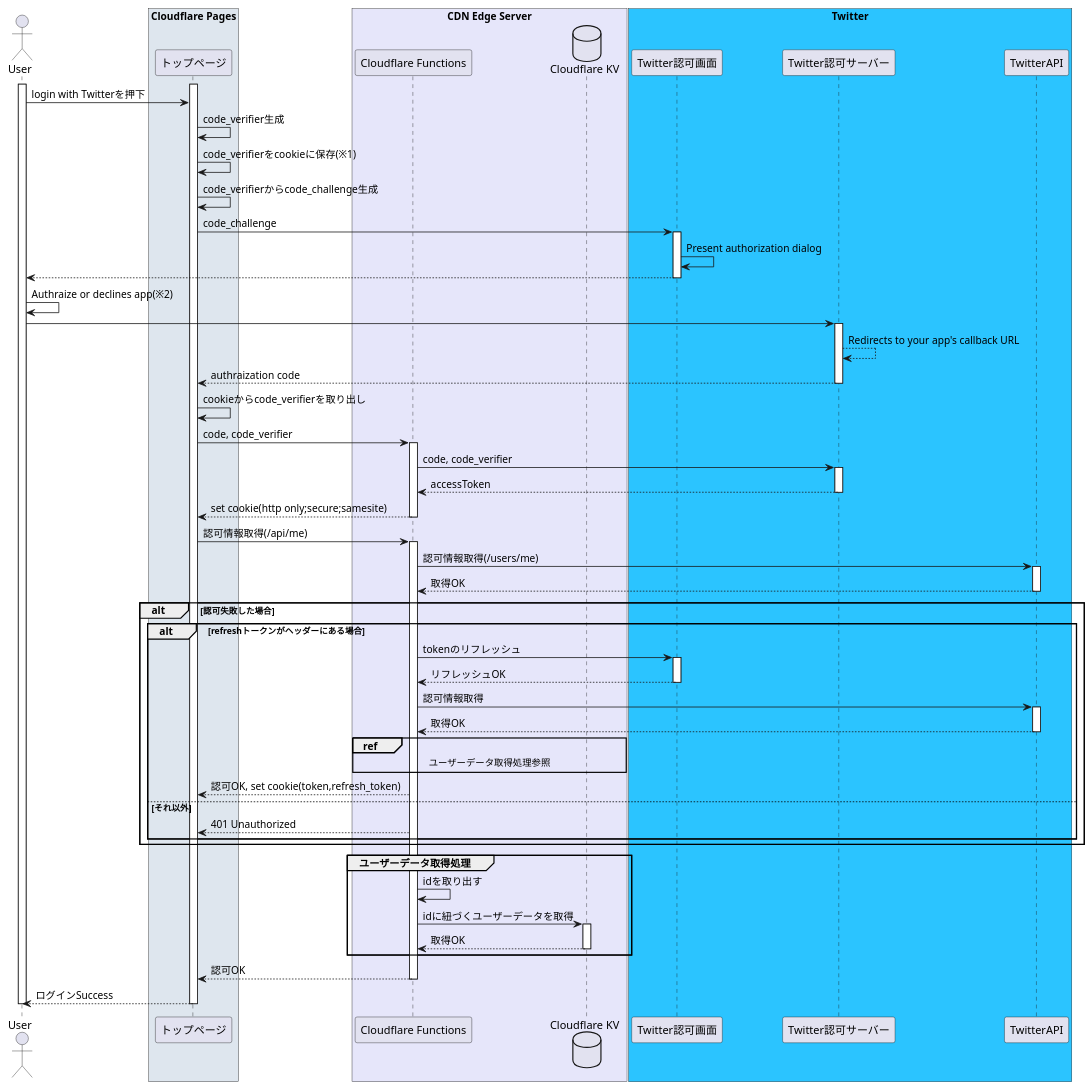
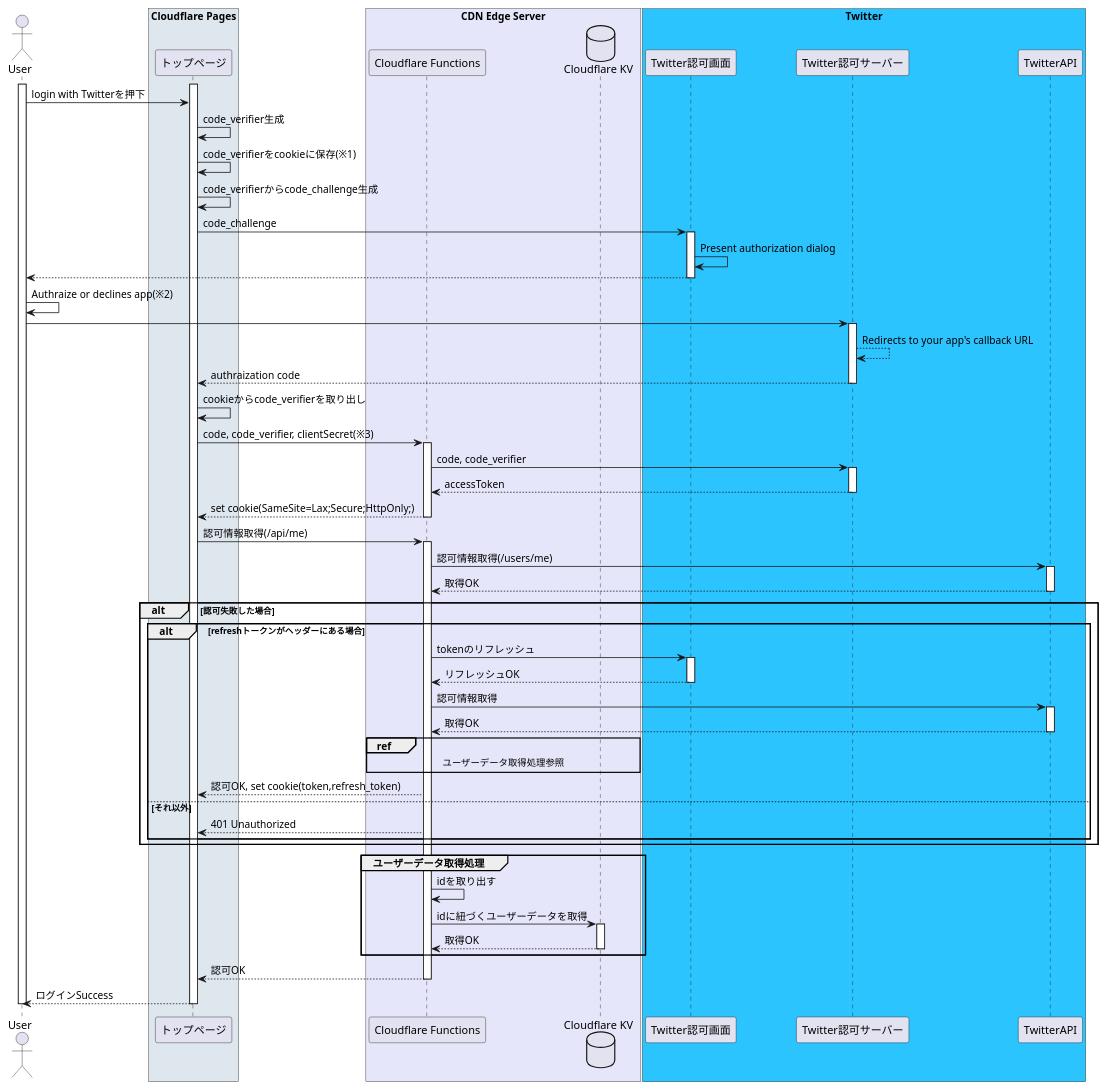
Before and after one commit to shuntaka-dev/article: the diagram in articles/01fvpj77522jpcagxsget1ejqr.md, drawn with PlantUML. The commit also changed other lines of this file, not shown here.

```diff
--- a/articles/01fvpj77522jpcagxsget1ejqr.md
+++ b/articles/01fvpj77522jpcagxsget1ejqr.md
@@ -22,77 +33,77 @@
 @startuml
 actor "User" as user
 box "Cloudflare Pages" #dee6ee
   participant "トップページ" as clPages
 end box
 box "CDN Edge Server" #e6e6fa
   participant "Cloudflare Functions" as clFunctions
   database "Cloudflare KV" as clKv
 end box
 box "Twitter" #2bc4ff
   participant "Twitter認可画面" as twAuth
   participant "Twitter認可サーバー" as twServer
   participant "TwitterAPI" as twApi
 end box
 activate clPages
 activate user
 user->clPages: login with Twitterを押下
 clPages->clPages: code_verifier生成
 clPages->clPages: code_verifierをcookieに保存(※1)
 clPages->clPages: code_verifierからcode_challenge生成
 clPages->twAuth: code_challenge
 activate twAuth
 twAuth->twAuth: Present authorization dialog
 twAuth-->user
 deactivate twAuth
 user->user: Authraize or declines app(※2)
 user->twServer
 activate twServer
 twServer-->twServer: Redirects to your app's callback URL
 twServer-->clPages: authraization code
 deactivate twServer
 clPages->clPages: cookieからcode_verifierを取り出し
-clPages->clFunctions: code, code_verifier
+clPages->clFunctions: code, code_verifier, clientSecret(※3)
 activate clFunctions
 clFunctions->twServer: code, code_verifier
 activate twServer
 twServer-->clFunctions: accessToken
 deactivate twServer
-clFunctions-->clPages: set cookie(http only;secure;samesite)
+clFunctions-->clPages: set cookie(SameSite=Lax;Secure;HttpOnly;)
 deactivate clFunctions
 clPages->clFunctions: 認可情報取得(/api/me)
 activate clFunctions
 clFunctions->twApi: 認可情報取得(/users/me)
 activate twApi
 twApi-->clFunctions: 取得OK
 deactivate twApi
 alt 認可失敗した場合
   alt refreshトークンがヘッダーにある場合
     clFunctions->twAuth: tokenのリフレッシュ
     activate twAuth
     twAuth-->clFunctions: リフレッシュOK
     deactivate twAuth
     clFunctions->twApi: 認可情報取得
     activate twApi
     twApi-->clFunctions: 取得OK
     deactivate twApi
     ref over clFunctions, clKv
       ユーザーデータ取得処理参照
     end
     clFunctions-->clPages: 認可OK, set cookie(token,refresh_token)
   else それ以外
     clFunctions-->clPages: 401 Unauthorized
   end
 end
 group ユーザーデータ取得処理
   clFunctions->clFunctions: idを取り出す
   clFunctions->clKv: idに紐づくユーザーデータを取得
   activate clKv
   clKv-->clFunctions: 取得OK
   deactivate clKv
 end
 clFunctions-->clPages: 認可OK
 deactivate clFunctions
 clPages-->user: ログインSuccess
 deactivate clPages
 deactivate user
 @enduml
```
